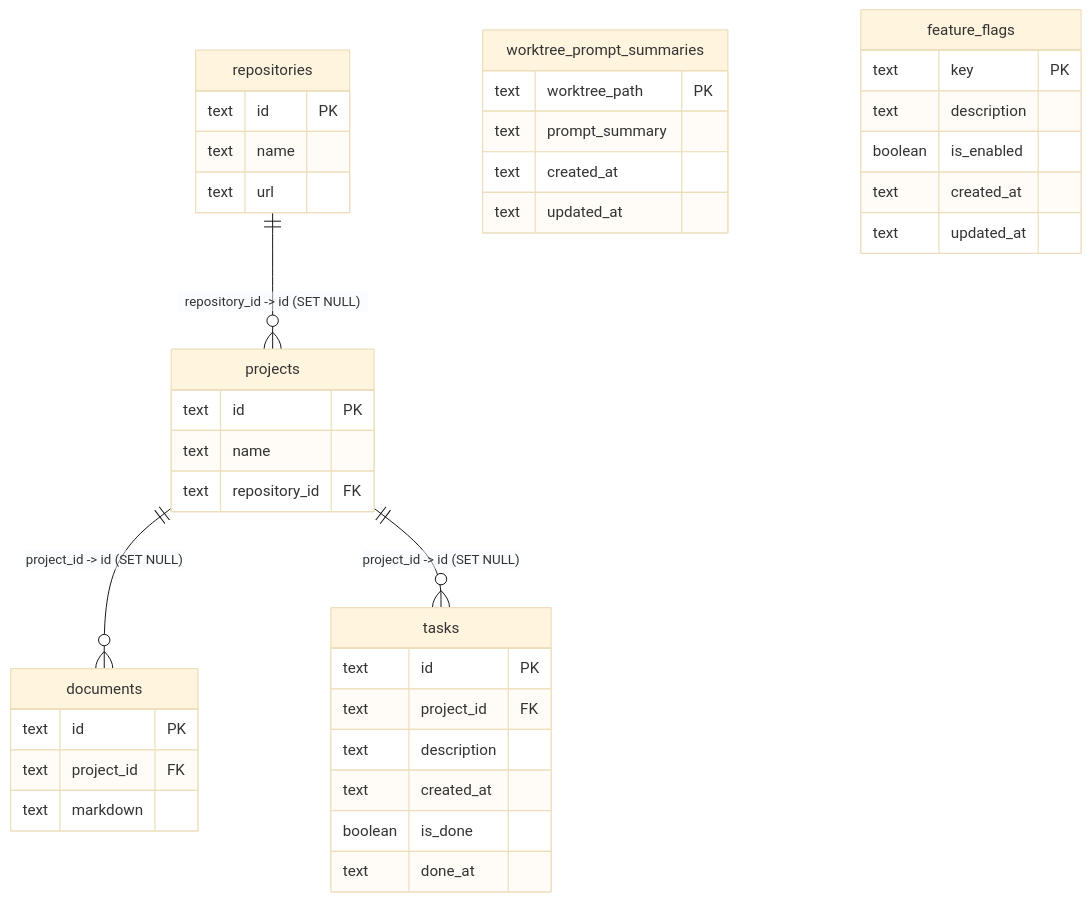
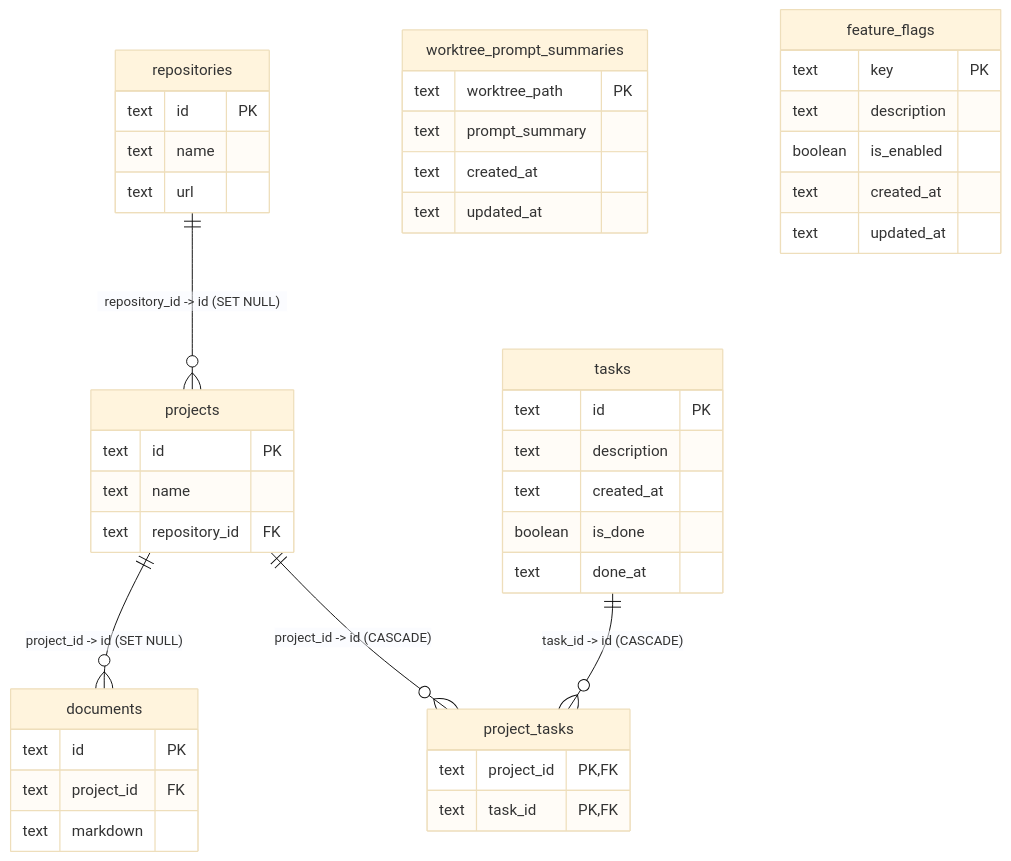
The diagram in src/backend/db/local/README.md (TurtleStoffel/tektite-console), drawn with Mermaid (base theme) before and after one commit. The commit also changed other lines of this file and 7 other files, not shown here.

Commit message:
Refactor Project Task connection

````diff
--- a/src/backend/db/local/README.md
+++ b/src/backend/db/local/README.md
@@ -7,48 +7,53 @@
 ```mermaid
 erDiagram
     repositories ||--o{ projects : "repository_id -> id (SET NULL)"
     projects ||--o{ documents : "project_id -> id (SET NULL)"
-    projects ||--o{ tasks : "project_id -> id (SET NULL)"
+    projects ||--o{ project_tasks : "project_id -> id (CASCADE)"
+    tasks ||--o{ project_tasks : "task_id -> id (CASCADE)"
 
     repositories {
         text id PK
         text name
         text url
     }
 
     projects {
         text id PK
         text name
         text repository_id FK
     }
 
     documents {
         text id PK
         text project_id FK
         text markdown
     }
 
     tasks {
         text id PK
-        text project_id FK
         text description
         text created_at
         boolean is_done
         text done_at
+    }
+
+    project_tasks {
+        text project_id PK, FK
+        text task_id PK, FK
     }
 
     worktree_prompt_summaries {
         text worktree_path PK
         text prompt_summary
         text created_at
         text updated_at
     }
 
     feature_flags {
         text key PK
         text description
         boolean is_enabled
         text created_at
         text updated_at
     }
 ```
````
